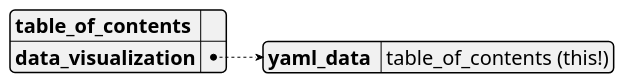
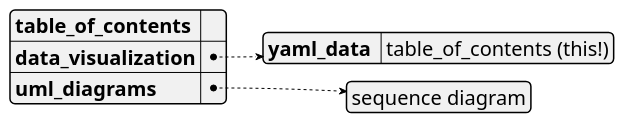
Before and after one commit to dragondive/plantuml_demo: the first of 2 diagrams in plantuml_demo.md, drawn with PlantUML. The commit also changed other lines of this file, not shown here.

Commit message:
added demo: sequence diagram

````diff
--- a/plantuml_demo.md
+++ b/plantuml_demo.md
@@ -19,17 +19,19 @@
 ```plantuml
 @startyaml
 
 <style>
 yamlDiagram {
   node {
 	FontName Consolas
 	FontSize 20
   }
 }
 </style>
 
 **table_of_contents**:  " " /' workaround: space here to avoid dummy link '/
 data_visualization:
   yaml_data : table_of_contents (this!)
+uml_diagrams:
+  - sequence diagram
 @endyaml
 ```
````
